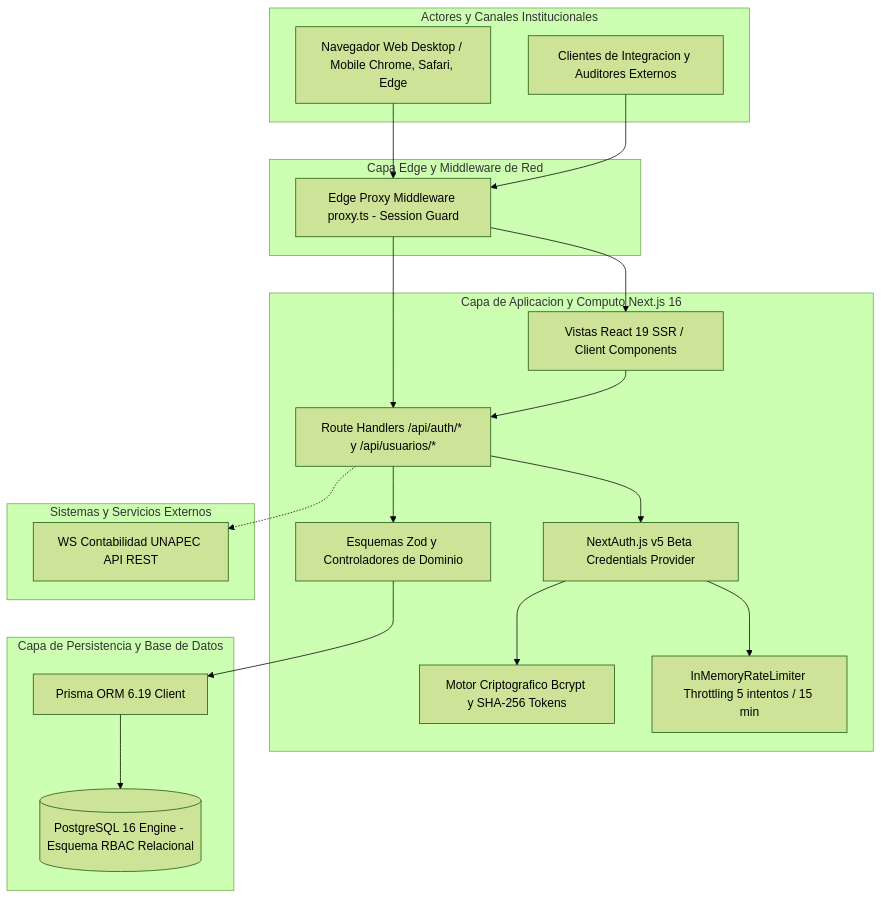
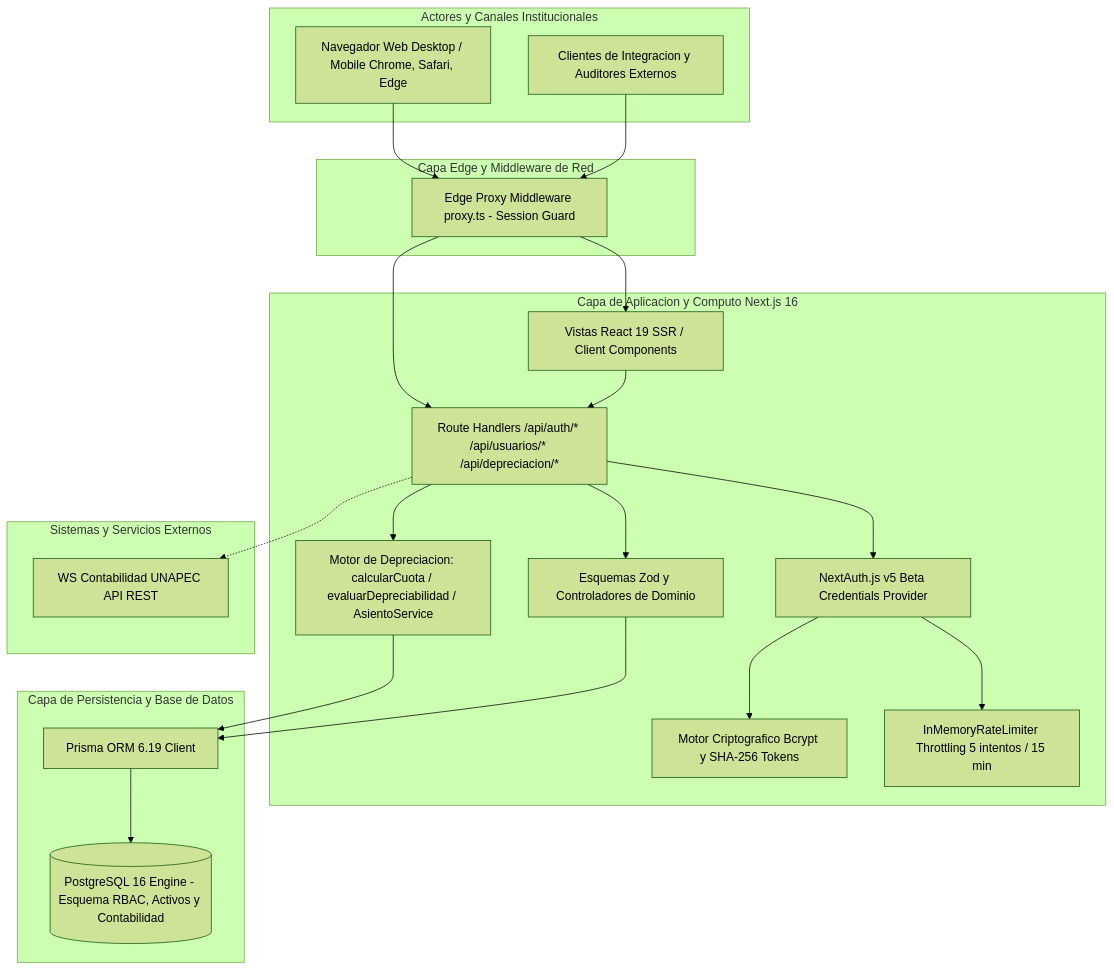
The diagram in docs/architecture/system-overview.md (JeremyJS20/activa_core), drawn with Mermaid (forest theme) before and after one commit. The commit also changed other lines of this file and 12 other files, not shown here.

First line of the commit message:
test(depreciacion): wave 5 - suites de calculo, servicios, API y smoke E2E

````diff
--- a/docs/architecture/system-overview.md
+++ b/docs/architecture/system-overview.md
@@ -38,42 +38,45 @@
 ```mermaid
 flowchart TB
     subgraph Users [Actores y Canales Institucionales]
         WebUser[Navegador Web Desktop / Mobile Chrome, Safari, Edge]
         ExtClient[Clientes de Integracion y Auditores Externos]
     end
 
     subgraph Edge [Capa Edge y Middleware de Red]
         Proxy[Edge Proxy Middleware proxy.ts - Session Guard]
     end
 
     subgraph AppLayer [Capa de Aplicacion y Computo Next.js 16]
         ClientViews[Vistas React 19 SSR / Client Components]
         AuthLayer[NextAuth.js v5 Beta Credentials Provider]
-        RouteHandlers[Route Handlers /api/auth/* y /api/usuarios/*]
+        RouteHandlers[Route Handlers /api/auth/* /api/usuarios/* /api/depreciacion/*]
         DomainValidators[Esquemas Zod y Controladores de Dominio]
+        DepreciationEngine[Motor de Depreciacion: calcularCuota / evaluarDepreciabilidad / AsientoService]
         CryptoEngine[Motor Criptografico Bcrypt y SHA-256 Tokens]
         RateLimiter[InMemoryRateLimiter Throttling 5 intentos / 15 min]
     end
 
     subgraph Persistence [Capa de Persistencia y Base de Datos]
         PrismaORM[Prisma ORM 6.19 Client]
-        PostgresDB[(PostgreSQL 16 Engine - Esquema RBAC Relacional)]
+        PostgresDB[(PostgreSQL 16 Engine - Esquema RBAC, Activos y Contabilidad)]
     end
 
     subgraph ExternalServices [Sistemas y Servicios Externos]
         WSContabilidad[WS Contabilidad UNAPEC API REST]
     end
 
     WebUser --> Proxy
     ExtClient --> Proxy
     Proxy --> ClientViews
     Proxy --> RouteHandlers
     ClientViews --> RouteHandlers
     RouteHandlers --> AuthLayer
     RouteHandlers --> DomainValidators
+    RouteHandlers --> DepreciationEngine
+    DepreciationEngine --> PrismaORM
     AuthLayer --> CryptoEngine
     AuthLayer --> RateLimiter
     DomainValidators --> PrismaORM
     PrismaORM --> PostgresDB
     RouteHandlers -.-> WSContabilidad
 ```
````
